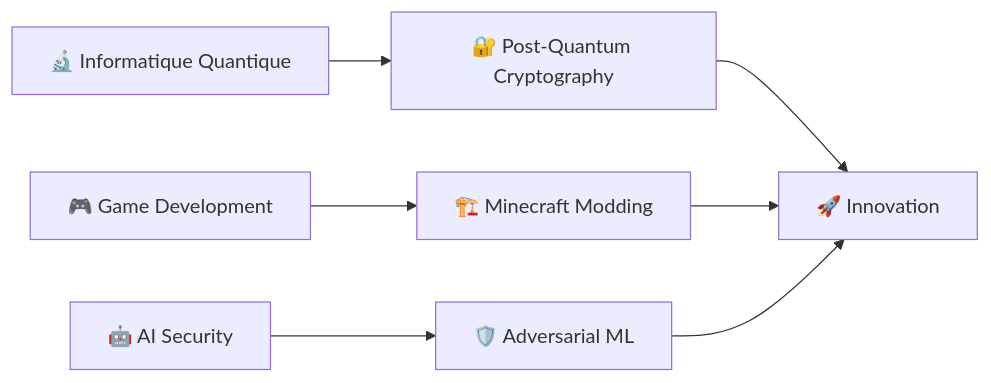
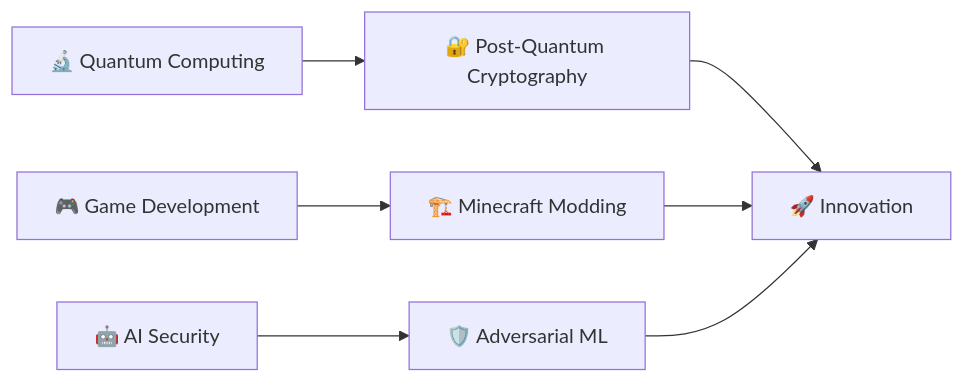
One commit to elieduclr/elieduclr changed the diagram in README.md. Above: the diagram before and after it, drawn with Mermaid. The commit also changed other lines of this file, not shown here.

````diff
--- a/README.md
+++ b/README.md
@@ -93,9 +93,9 @@
 ```mermaid
 graph LR
-    A[🔬 Informatique Quantique] --> B[🔐 Post-Quantum Cryptography]
+    A[🔬 Quantum Computing] --> B[🔐 Post-Quantum Cryptography]
     C[🎮 Game Development] --> D[🏗️ Minecraft Modding]
     E[🤖 AI Security] --> F[🛡️ Adversarial ML]
     B --> G[🚀 Innovation]
     D --> G
     F --> G
 ```
````
